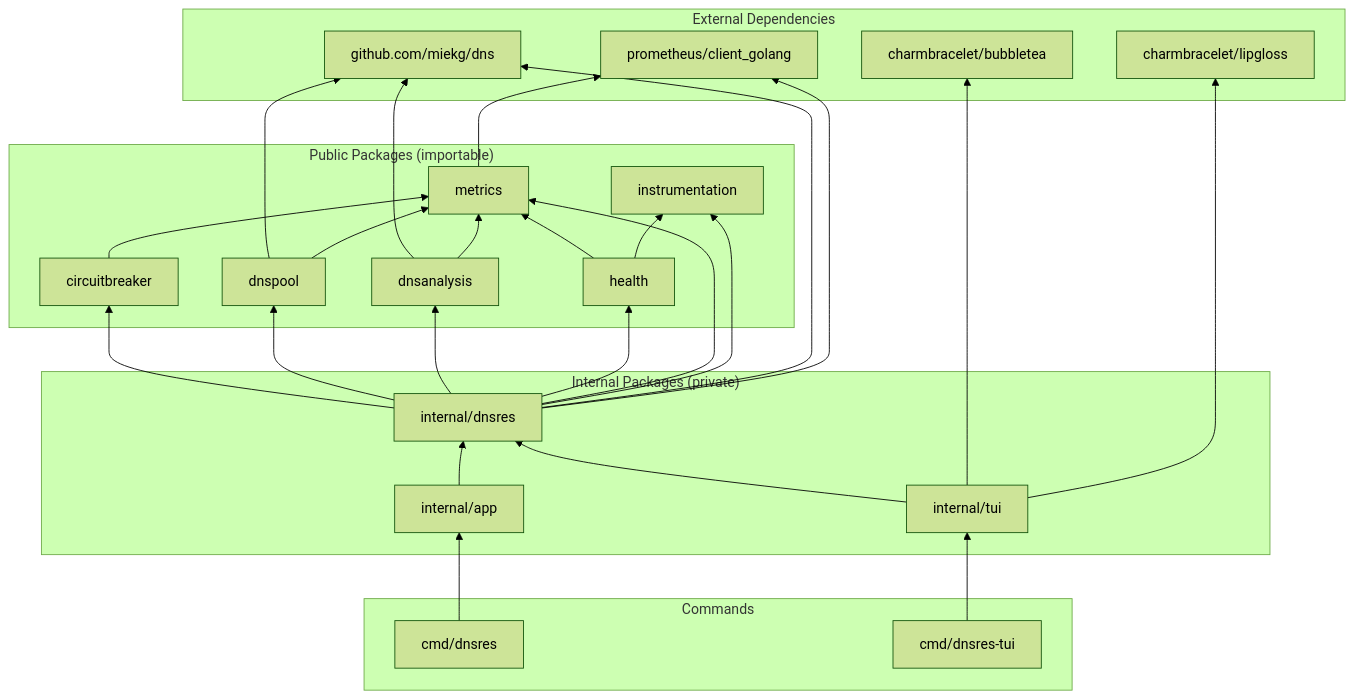
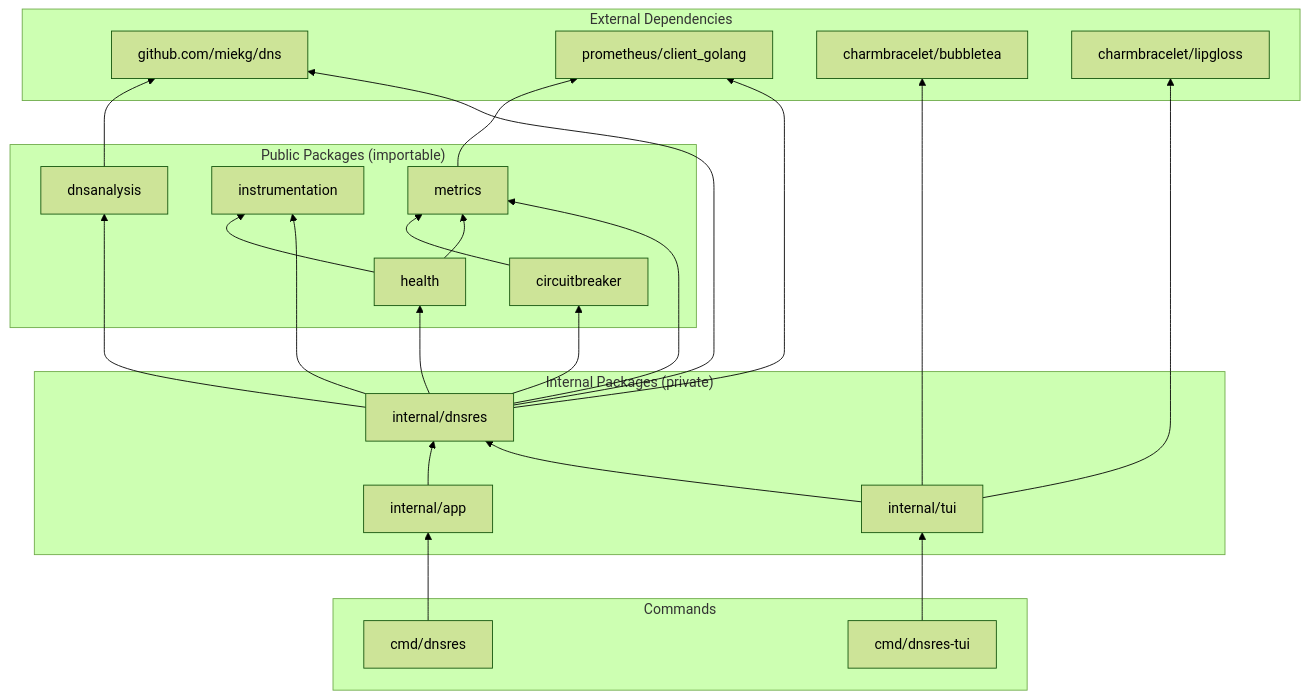
Before and after one commit to mikesale/dnsres: the sixth of 6 diagrams in PROJECT_MAP.md, drawn with Mermaid (forest theme). The commit also changed other lines of this file and 11 other files, not shown here.

````diff
--- a/PROJECT_MAP.md
+++ b/PROJECT_MAP.md
@@ -559,57 +551,52 @@
 ```mermaid
 graph BT
     subgraph "External Dependencies"
         DNS["github.com/miekg/dns"]
         PROM["prometheus/client_golang"]
         CHARM["charmbracelet/bubbletea"]
         LIPGLOSS["charmbracelet/lipgloss"]
     end
 
     subgraph "Public Packages (importable)"
         METRICS["metrics"]
         INSTR["instrumentation"]
         CB["circuitbreaker"]
-        POOL["dnspool"]
         ANALYSIS["dnsanalysis"]
         HEALTH["health"]
     end
 
     subgraph "Internal Packages (private)"
         DNSRES["internal/dnsres"]
         APP["internal/app"]
         TUI["internal/tui"]
     end
 
     subgraph "Commands"
         CMD["cmd/dnsres"]
         CMDTUI["cmd/dnsres-tui"]
     end
 
     %% Dependencies
     METRICS --> PROM
     CB --> METRICS
-    POOL --> DNS
-    POOL --> METRICS
     ANALYSIS --> DNS
-    ANALYSIS --> METRICS
     HEALTH --> METRICS
     HEALTH --> INSTR
 
     DNSRES --> CB
-    DNSRES --> POOL
     DNSRES --> ANALYSIS
     DNSRES --> HEALTH
     DNSRES --> METRICS
     DNSRES --> INSTR
     DNSRES --> DNS
     DNSRES --> PROM
 
     APP --> DNSRES
 
     TUI --> DNSRES
     TUI --> CHARM
     TUI --> LIPGLOSS
 
     CMD --> APP
     CMDTUI --> TUI
 ```
````
